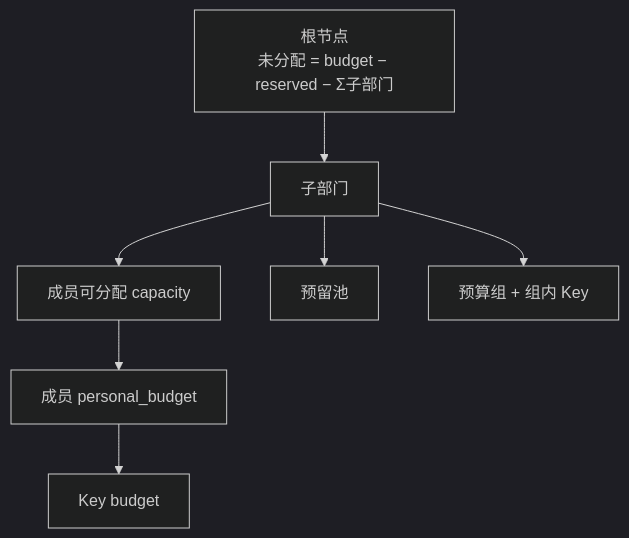
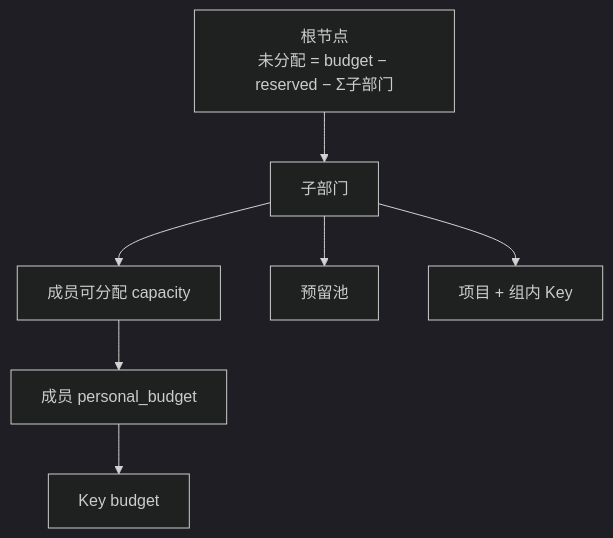
One commit to quyip8818/mytokenjoy changed the fourth of 10 diagrams in docs/Backend-预算.md. Above: the diagram before and after it, drawn with Mermaid (dark theme). The commit also changed other lines of this file and 175 other files, not shown here.

````diff
--- a/docs/Backend-预算.md
+++ b/docs/Backend-预算.md
@@ -156,10 +154,10 @@
 ```mermaid
 flowchart TB
   ROOT[根节点<br/>未分配 = budget − reserved − Σ子部门]
   ROOT --> DEPT[子部门]
   DEPT --> CAP[成员可分配 capacity]
   CAP --> M[成员 personal_budget]
   M --> K[Key budget]
   DEPT --> POOL[预留池]
-  DEPT --> BG[预算组 + 组内 Key]
+  DEPT --> BG[项目 + 组内 Key]
 ```
````
